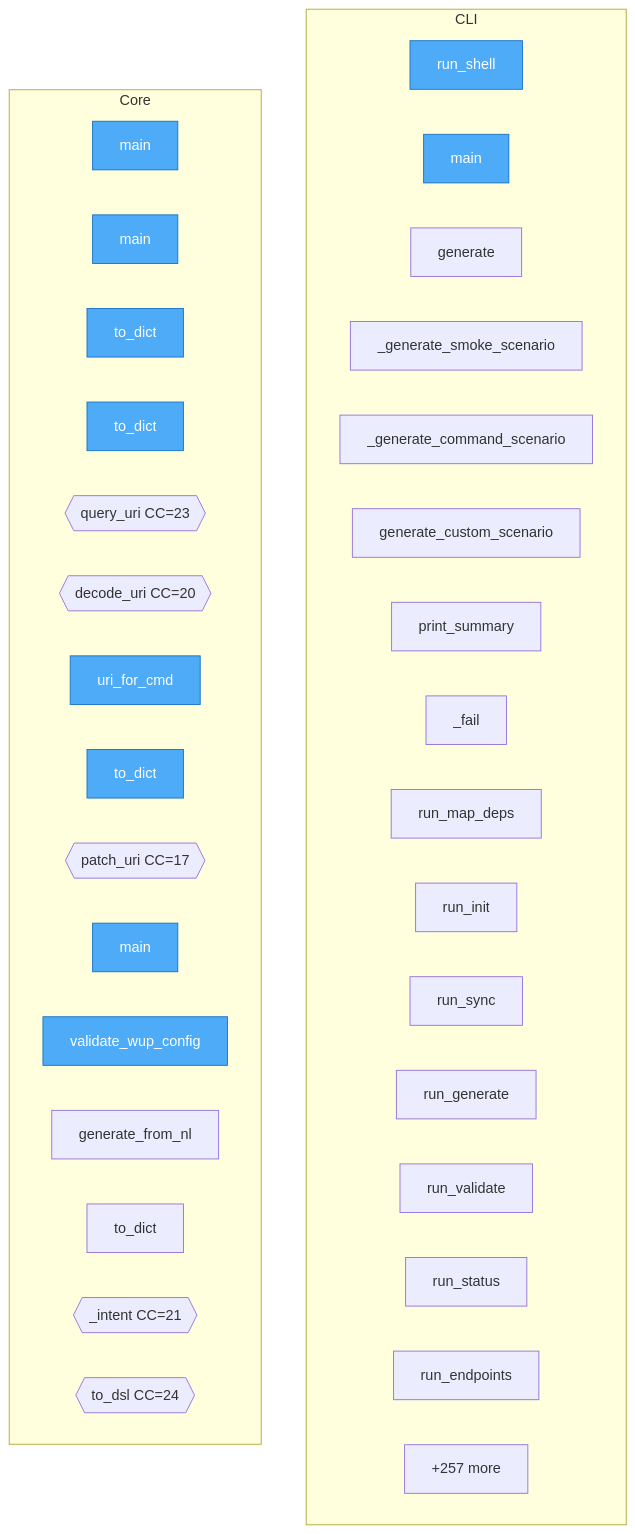
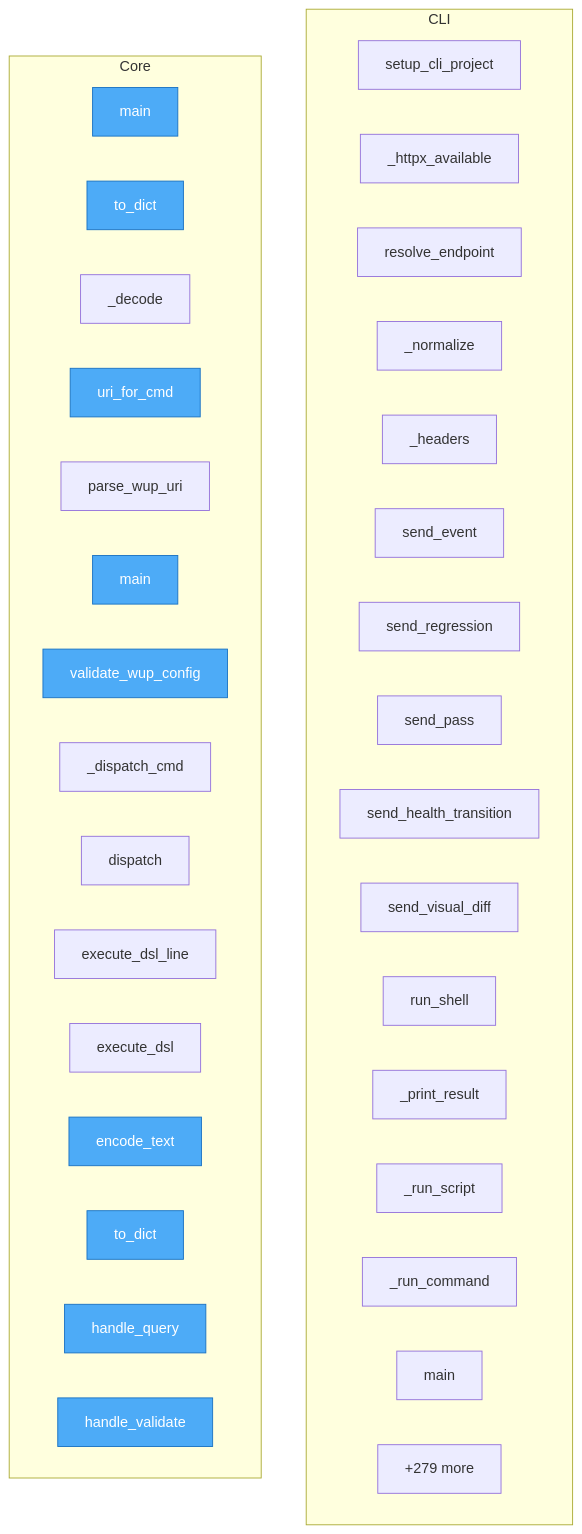
One commit to semcod/wup changed the diagram in project/flow.mmd. Above: the diagram before and after it, drawn with Mermaid. The commit also changed 70 other files, not shown here.

```diff
--- a/project/flow.mmd
+++ b/project/flow.mmd
@@ -1,45 +1,45 @@
 flowchart TD
-%% generated in 0.09s
+%% generated in 0.02s
 
     %% Entry points (blue)
     classDef entry fill:#4dabf7,stroke:#1971c2,color:#fff
 
     subgraph CLI
+        wup__init_cli__setup_cli_project["setup_cli_project"]
+        wup__web_client___httpx_available["_httpx_available"]
+        wup__web_client__resolve_endpoint["resolve_endpoint"]
+        wup__web_client___normalize["_normalize"]
+        wup__web_client__WebClient___headers["_headers"]
+        wup__web_client__WebClient__send_event["send_event"]
+        wup__web_client__WebClient__send_regression["send_regression"]
+        wup__web_client__WebClient__send_pass["send_pass"]
+        wup__web_client__WebClient__send_health_transition["send_health_transition"]
+        wup__web_client__WebClient__send_visual_diff["send_visual_diff"]
         packages__cli2wup__src__cli2wup__cli__run_shell["run_shell"]
+        packages__cli2wup__src__cli2wup__cli___print_result["_print_result"]
+        packages__cli2wup__src__cli2wup__cli___run_script["_run_script"]
+        packages__cli2wup__src__cli2wup__cli___run_command["_run_command"]
         packages__cli2wup__src__cli2wup__cli__main["main"]
-        wup__testql_cli_generator__TestQLCLIGenerator__generate["generate"]
-        wup__testql_cli_generator__TestQLCLIGenerator___generate_smoke_scenario["_generate_smoke_scenario"]
-        wup__testql_cli_generator__TestQLCLIGenerator___generate_command_scenario["_generate_command_scenario"]
-        wup__testql_cli_generator__TestQLCLIGenerator__generate_custom_scenario["generate_custom_scenario"]
-        wup__testql_cli_generator__TestQLCLIGenerator__print_summary["print_summary"]
-        wup__cli_bridge___fail["_fail"]
-        wup__cli_bridge__run_map_deps["run_map_deps"]
-        wup__cli_bridge__run_init["run_init"]
-        wup__cli_bridge__run_sync["run_sync"]
-        wup__cli_bridge__run_generate["run_generate"]
-        wup__cli_bridge__run_validate["run_validate"]
-        wup__cli_bridge__run_status["run_status"]
-        wup__cli_bridge__run_endpoints["run_endpoints"]
-        ...["+52 more"]
+        ...["+56 more"]
     end
 
     subgraph Core
         packages__rest2wup__src__rest2wup__cli__main["main"]
-        packages__uri2wup__src__uri2wup__cli__main["main"]
         packages__uri2wup__src__uri2wup__nlp2uri__UriHit__to_dict["to_dict"]
-        packages__uri2wup__src__uri2wup__query__QueryResult__to_dict["to_dict"]
-        packages__uri2wup__src__uri2wup__query__query_uri{{query_uri CC=23}}
-        packages__uri2wup__src__uri2wup__decode__decode_uri{{decode_uri CC=20}}
+        packages__uri2wup__src__uri2wup__uri___decode["_decode"]
         packages__uri2wup__src__uri2wup__uri__uri_for_cmd["uri_for_cmd"]
-        packages__uri2wup__src__uri2wup__patch__PatchResult__to_dict["to_dict"]
-        packages__uri2wup__src__uri2wup__patch__patch_uri{{patch_uri CC=17}}
+        packages__uri2wup__src__uri2wup__uri__parse_wup_uri["parse_wup_uri"]
         packages__nlp2wup__src__nlp2wup__cli__main["main"]
         packages__nlp2wup__src__nlp2wup__validate__validate_wup_config["validate_wup_config"]
-        packages__nlp2wup__src__nlp2wup__generate__generate_from_nl["generate_from_nl"]
-        packages__nlp2wup__src__nlp2wup__apply__ApplyResult__to_dict["to_dict"]
-        packages__nlp2wup__src__nlp2wup__apply___intent{{_intent CC=21}}
-        packages__nlp2wup__src__nlp2wup__apply__to_dsl{{to_dsl CC=24}}
-        ...["+257 more"]
+        packages__dsl2wup__src__dsl2wup__bus___dispatch_cmd["_dispatch_cmd"]
+        packages__dsl2wup__src__dsl2wup__bus__dispatch["dispatch"]
+        packages__dsl2wup__src__dsl2wup__bus__execute_dsl_line["execute_dsl_line"]
+        packages__dsl2wup__src__dsl2wup__bus__execute_dsl["execute_dsl"]
+        packages__dsl2wup__src__dsl2wup__codec__encode_text["encode_text"]
+        packages__dsl2wup__src__dsl2wup__result__DslResult__to_dict["to_dict"]
+        packages__dsl2wup__src__dsl2wup__handlers__query__handle_query["handle_query"]
+        packages__dsl2wup__src__dsl2wup__handlers__query__handle_validate["handle_validate"]
+        ...["+279 more"]
     end
 
-    class packages__cli2wup__src__cli2wup__cli__run_shell,packages__cli2wup__src__cli2wup__cli__main,packages__rest2wup__src__rest2wup__cli__main,packages__uri2wup__src__uri2wup__cli__main,packages__uri2wup__src__uri2wup__nlp2uri__UriHit__to_dict,packages__uri2wup__src__uri2wup__query__QueryResult__to_dict,packages__uri2wup__src__uri2wup__uri__uri_for_cmd,packages__uri2wup__src__uri2wup__patch__PatchResult__to_dict,packages__nlp2wup__src__nlp2wup__cli__main,packages__nlp2wup__src__nlp2wup__validate__validate_wup_config entry
+    class packages__rest2wup__src__rest2wup__cli__main,packages__uri2wup__src__uri2wup__nlp2uri__UriHit__to_dict,packages__uri2wup__src__uri2wup__uri__uri_for_cmd,packages__nlp2wup__src__nlp2wup__cli__main,packages__nlp2wup__src__nlp2wup__validate__validate_wup_config,packages__dsl2wup__src__dsl2wup__codec__encode_text,packages__dsl2wup__src__dsl2wup__result__DslResult__to_dict,packages__dsl2wup__src__dsl2wup__handlers__query__handle_query,packages__dsl2wup__src__dsl2wup__handlers__query__handle_validate,packages__dsl2wup__src__dsl2wup__handlers__query__handle_resolve entry
```
